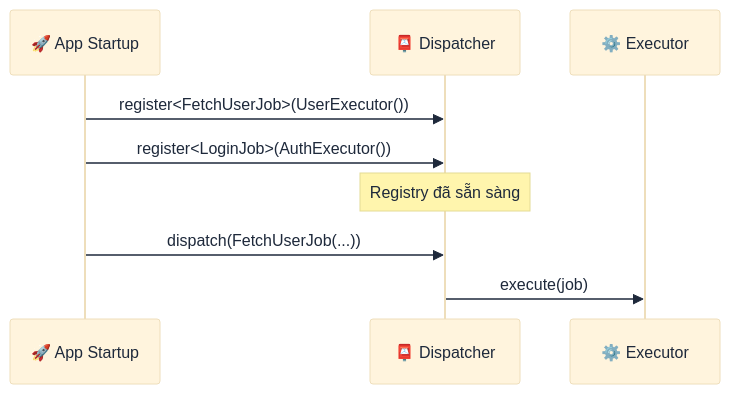
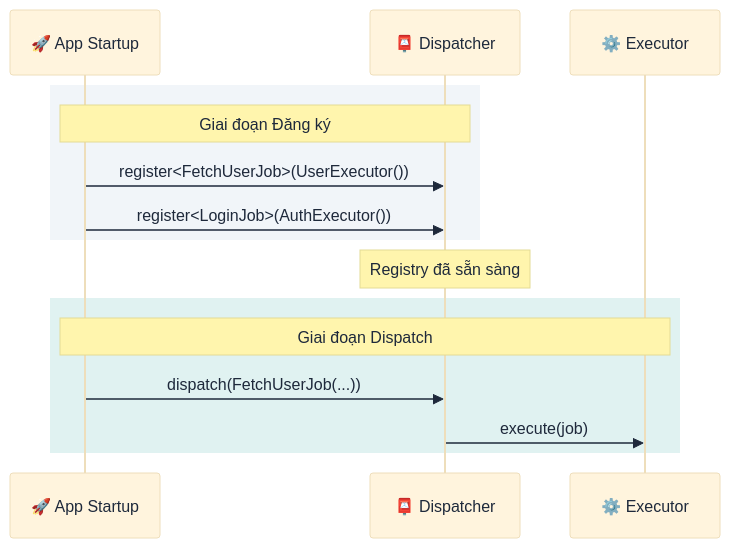
The fourth of 13 diagrams in book/vi/chapters/03_core_implementation.md (lploc94/flutter_orchestrator), drawn with Mermaid before and after one commit. The commit also changed other lines of this file and 1 other file, not shown here.

Commit message:
docs(book): add theme styling to class/state diagrams in Ch3
Fixed missing colors in classDiagram, stateDiagram, and added rect blocks to sequenceDiagram

````diff
--- a/book/vi/chapters/03_core_implementation.md
+++ b/book/vi/chapters/03_core_implementation.md
@@ -116,15 +118,21 @@
 ```mermaid
 %%{init: {'theme': 'base', 'themeVariables': { 'primaryTextColor': '#1e293b', 'noteTextColor': '#1e293b', 'actorTextColor': '#1e293b' }}}%%
 sequenceDiagram
     participant App as 🚀 App Startup
     participant Disp as 📮 Dispatcher
     participant Exec as ⚙️ Executor
     
-    App->>Disp: register<FetchUserJob>(UserExecutor())
-    App->>Disp: register<LoginJob>(AuthExecutor())
+    rect rgb(241, 245, 249)
+        Note over App,Disp: Giai đoạn Đăng ký
+        App->>Disp: register<FetchUserJob>(UserExecutor())
+        App->>Disp: register<LoginJob>(AuthExecutor())
+    end
     
     Note over Disp: Registry đã sẵn sàng
     
-    App->>Disp: dispatch(FetchUserJob(...))
-    Disp->>Exec: execute(job)
+    rect rgb(224, 242, 241)
+        Note over App,Exec: Giai đoạn Dispatch
+        App->>Disp: dispatch(FetchUserJob(...))
+        Disp->>Exec: execute(job)
+    end
 ```
````
